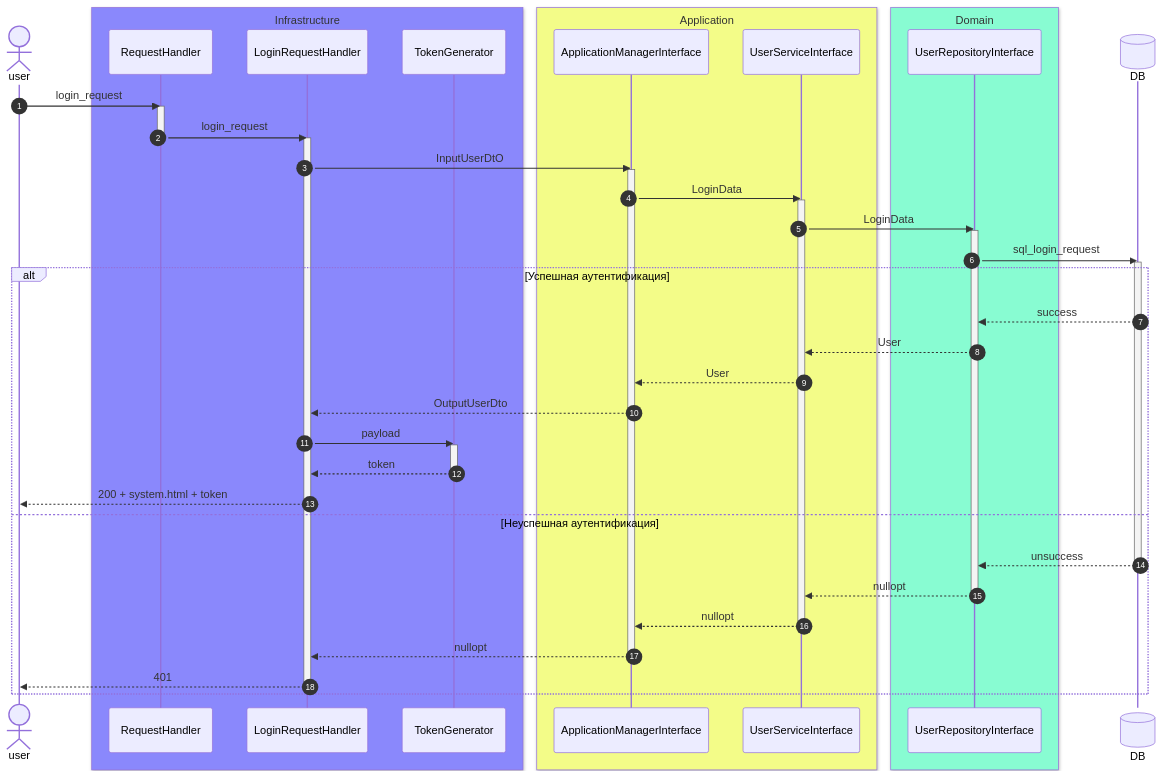
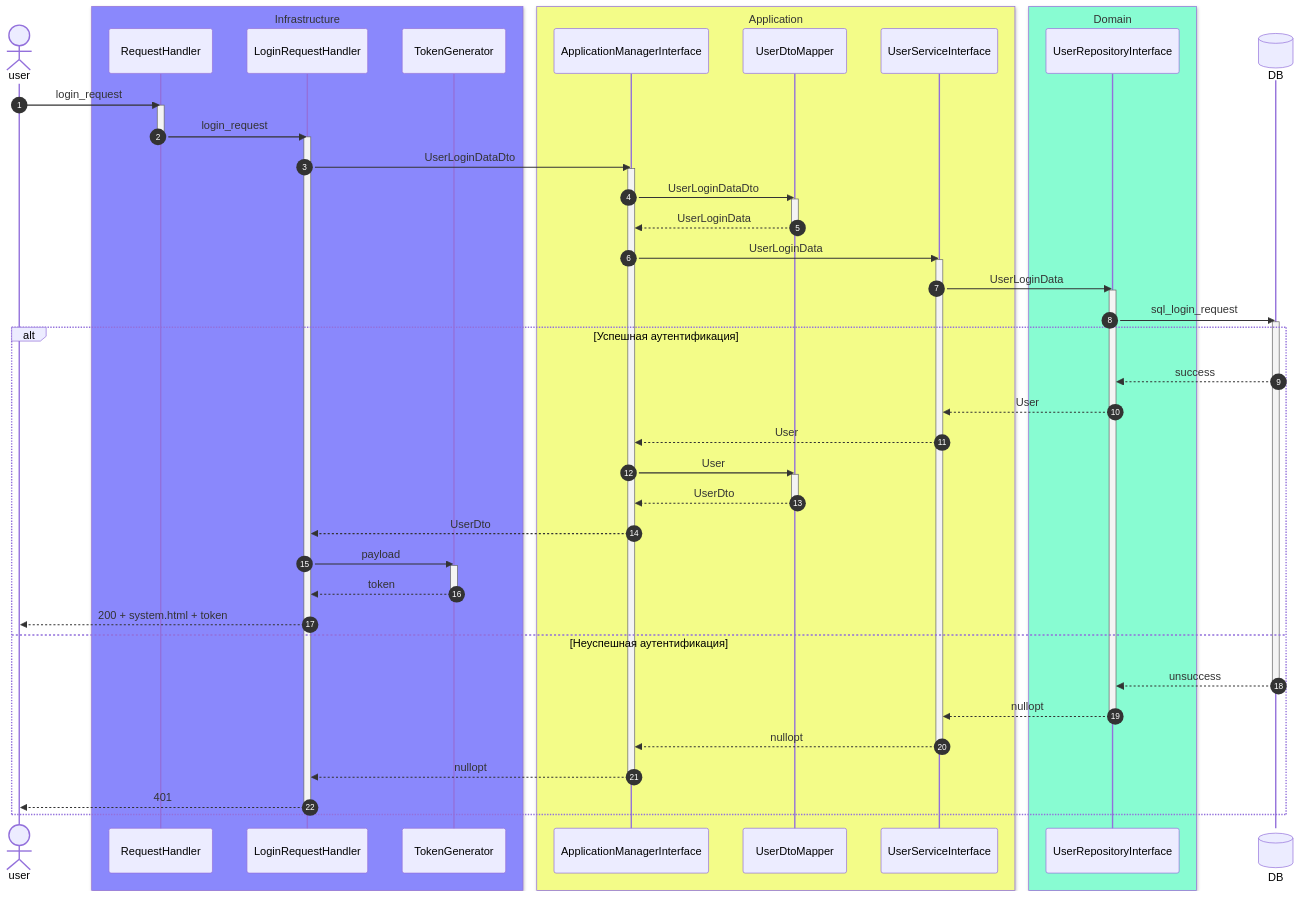
Diagram 12 of 13 in README.md (DRUsmanov/the_system_project), drawn with Mermaid before and after one commit. The commit also changed other lines of this file, not shown here.

```diff
--- a/README.md
+++ b/README.md
@@ -422,6 +433,7 @@
 
 box rgb(243, 252, 136) Application
 participant ApplicationManagerInterface
+participant UserDtoMapper
 participant UserServiceInterface
 end
 
@@ -434,15 +446,26 @@
 autonumber
 
 user ->> RequestHandler: login_request
+
 activate RequestHandler
 RequestHandler ->> LoginRequestHandler: login_request
 deactivate RequestHandler
+
 activate LoginRequestHandler
-LoginRequestHandler ->> ApplicationManagerInterface: InputUserDtO
+LoginRequestHandler ->> ApplicationManagerInterface: UserLoginDataDto
+
 activate ApplicationManagerInterface
-ApplicationManagerInterface ->> UserServiceInterface: LoginData
+ApplicationManagerInterface ->> UserDtoMapper: UserLoginDataDto
+
+activate UserDtoMapper
+UserDtoMapper -->> ApplicationManagerInterface: UserLoginData
+deactivate UserDtoMapper
+
+ApplicationManagerInterface ->> UserServiceInterface: UserLoginData
+
 activate UserServiceInterface
-UserServiceInterface ->> UserRepositoryInterface: LoginData
+UserServiceInterface ->> UserRepositoryInterface: UserLoginData
+
 activate UserRepositoryInterface
 UserRepositoryInterface ->> DB: sql_login_request
 
@@ -452,8 +475,16 @@
 DB -->> UserRepositoryInterface: success
 UserRepositoryInterface -->> UserServiceInterface: User
 UserServiceInterface -->> ApplicationManagerInterface: User
-ApplicationManagerInterface -->> LoginRequestHandler: OutputUserDto
+
+ApplicationManagerInterface ->> UserDtoMapper: User
+
+activate UserDtoMapper
+UserDtoMapper -->> ApplicationManagerInterface: UserDto
+deactivate UserDtoMapper
+
+ApplicationManagerInterface -->> LoginRequestHandler: UserDto
 LoginRequestHandler ->> TokenGenerator: payload
+
 activate TokenGenerator
 TokenGenerator -->> LoginRequestHandler: token
 deactivate TokenGenerator
```
